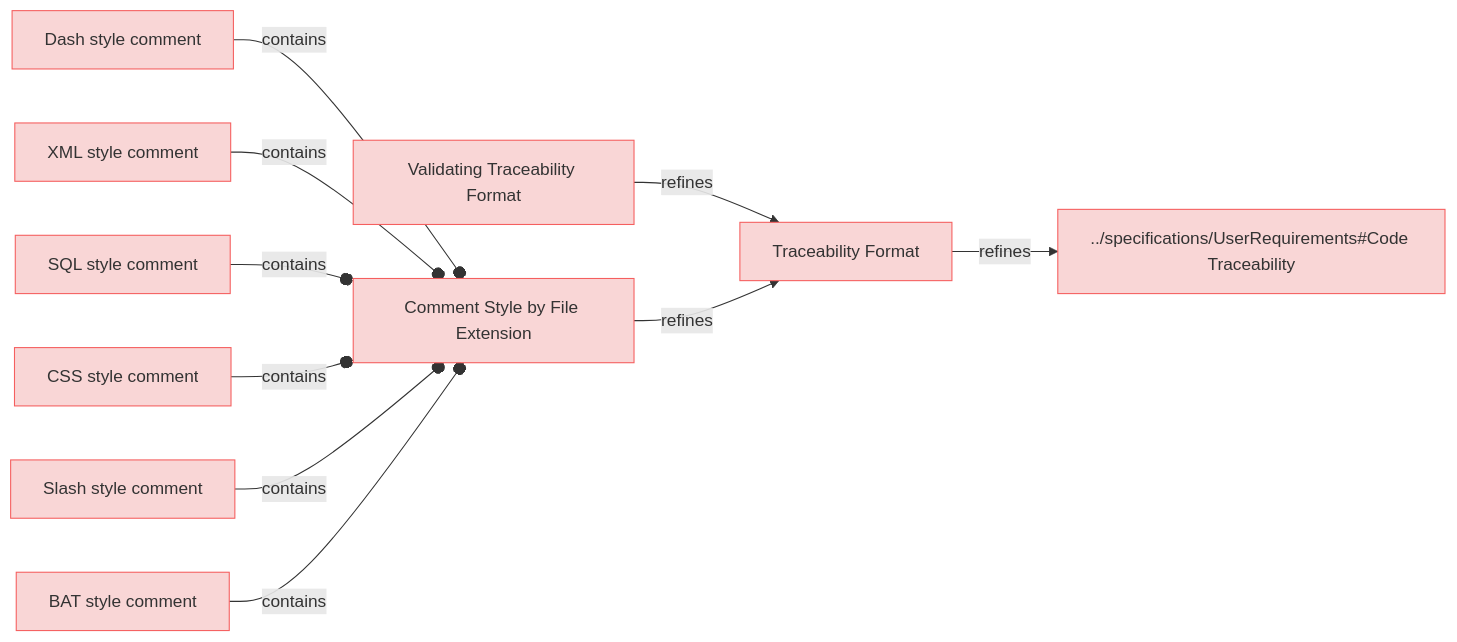
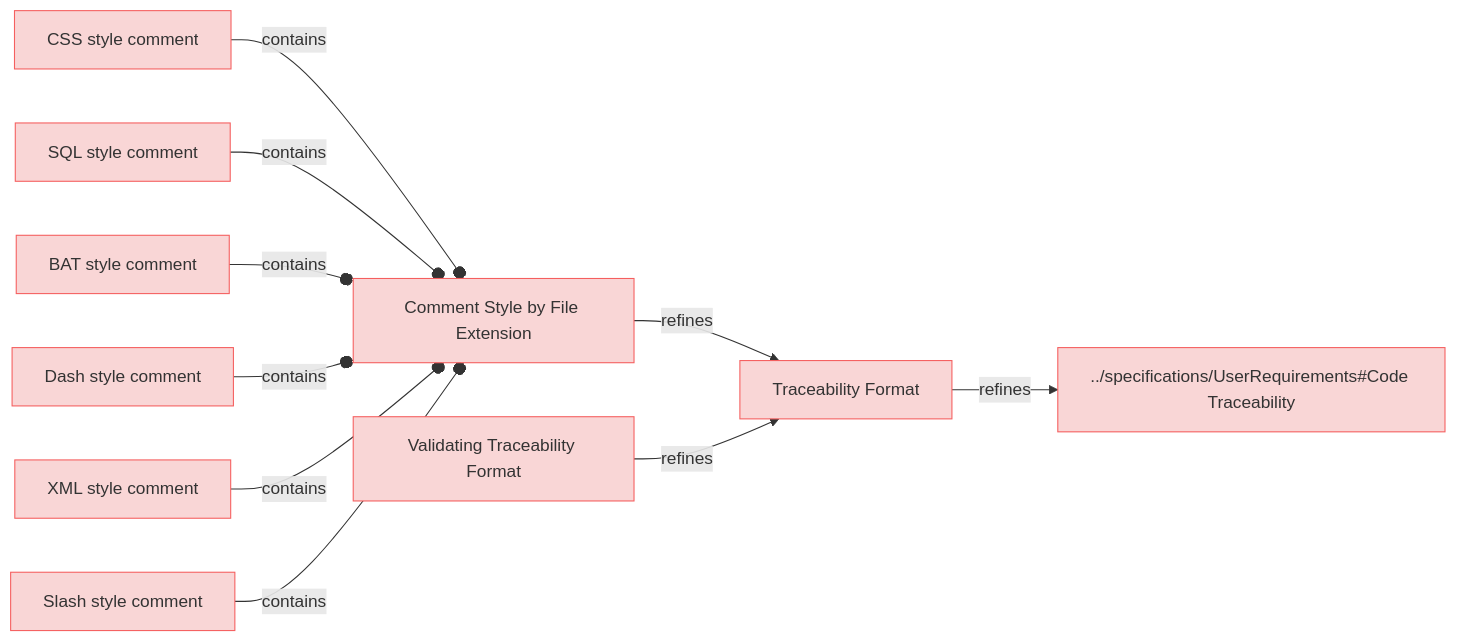
Before and after one commit to reqvire-org/reqvire: the diagram in specifications/CodeTraecabilityRequirements.md, drawn with Mermaid. The commit also changed other lines of this file and 14 other files, not shown here.

Commit message:
Diagrams updated.

````diff
--- a/specifications/CodeTraecabilityRequirements.md
+++ b/specifications/CodeTraecabilityRequirements.md
@@ -4,48 +4,48 @@
 ```mermaid
 graph LR;
   %% Graph styling
   classDef requirement fill:#f9d6d6,stroke:#f55f5f,stroke-width:1px;
   classDef verification fill:#d6f9d6,stroke:#5fd75f,stroke-width:1px;
   classDef externalLink fill:#d0e0ff,stroke:#3080ff,stroke-width:1px;
   classDef default fill:#f5f5f5,stroke:#333333,stroke-width:1px;
 
-  3db41d3530e56596["Validating Traceability Format"];
-  class 3db41d3530e56596 requirement;
-  click 3db41d3530e56596 "CodeTraecabilityRequirements.md#validating-traceability-format";
   9314736a59776478["Traceability Format"];
   class 9314736a59776478 requirement;
   click 9314736a59776478 "CodeTraecabilityRequirements.md#traceability-format";
-  3db41d3530e56596 -->|refines| 9314736a59776478;
+  26ca72b617aff229["../specifications/UserRequirements#Code Traceability"];
+  class 26ca72b617aff229 requirement;
+  click 26ca72b617aff229 "UserRequirements.md#code-traceability";
+  9314736a59776478 -->|refines| 26ca72b617aff229;
+  f4c09ad7359812ff["Comment Style by File Extension"];
+  class f4c09ad7359812ff requirement;
+  click f4c09ad7359812ff "CodeTraecabilityRequirements.md#comment-style-by-file-extension";
+  f4c09ad7359812ff -->|refines| 9314736a59776478;
+  a91fc474f292f1c9["CSS style comment"];
+  class a91fc474f292f1c9 requirement;
+  click a91fc474f292f1c9 "CodeTraecabilityRequirements.md#css-style-comment";
+  a91fc474f292f1c9 --o|contains| f4c09ad7359812ff;
+  39fc946195c12956["SQL style comment"];
+  class 39fc946195c12956 requirement;
+  click 39fc946195c12956 "CodeTraecabilityRequirements.md#sql-style-comment";
+  39fc946195c12956 --o|contains| f4c09ad7359812ff;
+  7fdde6a23819450b["BAT style comment"];
+  class 7fdde6a23819450b requirement;
+  click 7fdde6a23819450b "CodeTraecabilityRequirements.md#bat-style-comment";
+  7fdde6a23819450b --o|contains| f4c09ad7359812ff;
   be41c3d9e39abe6f["Dash style comment"];
   class be41c3d9e39abe6f requirement;
   click be41c3d9e39abe6f "CodeTraecabilityRequirements.md#dash-style-comment";
-  f4c09ad7359812ff["Comment Style by File Extension"];
-  class f4c09ad7359812ff requirement;
-  click f4c09ad7359812ff "CodeTraecabilityRequirements.md#comment-style-by-file-extension";
   be41c3d9e39abe6f --o|contains| f4c09ad7359812ff;
   474c97b7d0029622["XML style comment"];
   class 474c97b7d0029622 requirement;
   click 474c97b7d0029622 "CodeTraecabilityRequirements.md#xml-style-comment";
   474c97b7d0029622 --o|contains| f4c09ad7359812ff;
-  39fc946195c12956["SQL style comment"];
-  class 39fc946195c12956 requirement;
-  click 39fc946195c12956 "CodeTraecabilityRequirements.md#sql-style-comment";
-  39fc946195c12956 --o|contains| f4c09ad7359812ff;
-  a91fc474f292f1c9["CSS style comment"];
-  class a91fc474f292f1c9 requirement;
-  click a91fc474f292f1c9 "CodeTraecabilityRequirements.md#css-style-comment";
-  a91fc474f292f1c9 --o|contains| f4c09ad7359812ff;
-  26ca72b617aff229["../specifications/UserRequirements#Code Traceability"];
-  class 26ca72b617aff229 requirement;
-  click 26ca72b617aff229 "UserRequirements.md#code-traceability";
-  9314736a59776478 -->|refines| 26ca72b617aff229;
+  3db41d3530e56596["Validating Traceability Format"];
+  class 3db41d3530e56596 requirement;
+  click 3db41d3530e56596 "CodeTraecabilityRequirements.md#validating-traceability-format";
+  3db41d3530e56596 -->|refines| 9314736a59776478;
   99c4cc438042d855["Slash style comment"];
   class 99c4cc438042d855 requirement;
   click 99c4cc438042d855 "CodeTraecabilityRequirements.md#slash-style-comment";
   99c4cc438042d855 --o|contains| f4c09ad7359812ff;
-  7fdde6a23819450b["BAT style comment"];
-  class 7fdde6a23819450b requirement;
-  click 7fdde6a23819450b "CodeTraecabilityRequirements.md#bat-style-comment";
-  7fdde6a23819450b --o|contains| f4c09ad7359812ff;
-  f4c09ad7359812ff -->|refines| 9314736a59776478;
 ```
````
